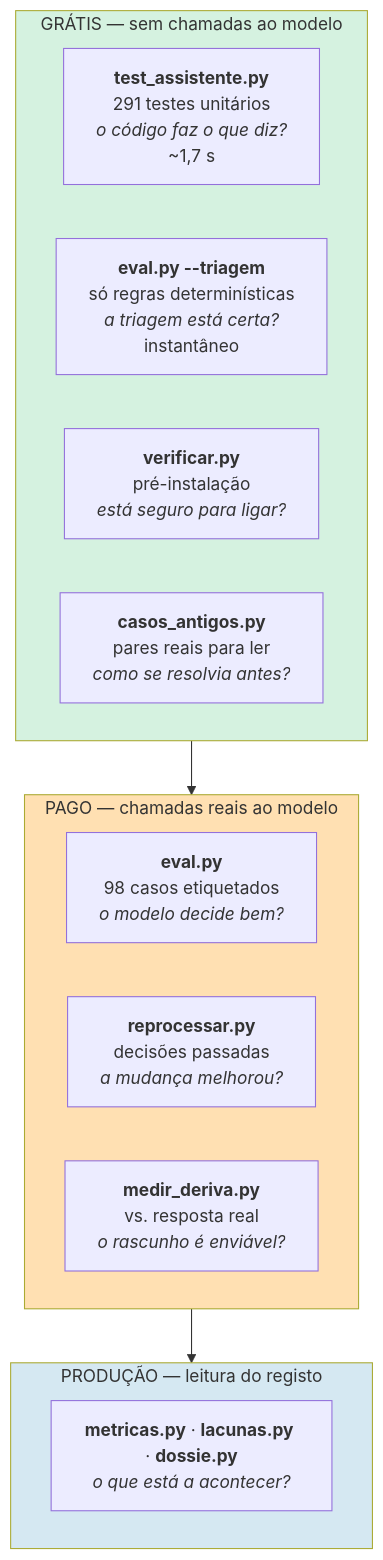
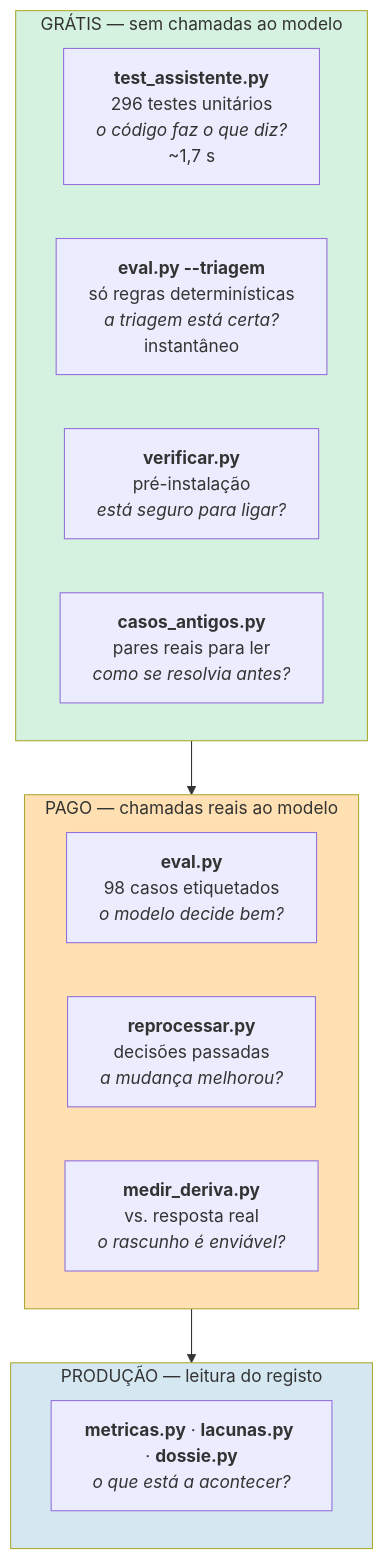
Before and after one commit to joaocarvalhini/Outlook-Reply-Assistant: the first of 3 diagrams in docs/05-reliability/qa.md, drawn with Mermaid. The commit also changed other lines of this file and 11 other files, not shown here.

````diff
--- a/docs/05-reliability/qa.md
+++ b/docs/05-reliability/qa.md
@@ -19,22 +19,22 @@
 ```mermaid
 flowchart TB
     subgraph G["GRÁTIS — sem chamadas ao modelo"]
-        T1["<b>test_assistente.py</b><br/>291 testes unitários<br/><i>o código faz o que diz?</i><br/>~1,7 s"]
+        T1["<b>test_assistente.py</b><br/>296 testes unitários<br/><i>o código faz o que diz?</i><br/>~1,7 s"]
         T2["<b>eval.py --triagem</b><br/>só regras determinísticas<br/><i>a triagem está certa?</i><br/>instantâneo"]
         T3["<b>verificar.py</b><br/>pré-instalação<br/><i>está seguro para ligar?</i>"]
         T4["<b>casos_antigos.py</b><br/>pares reais para ler<br/><i>como se resolvia antes?</i>"]
     end
     subgraph P["PAGO — chamadas reais ao modelo"]
         T5["<b>eval.py</b><br/>98 casos etiquetados<br/><i>o modelo decide bem?</i>"]
         T6["<b>reprocessar.py</b><br/>decisões passadas<br/><i>a mudança melhorou?</i>"]
         T7["<b>medir_deriva.py</b><br/>vs. resposta real<br/><i>o rascunho é enviável?</i>"]
     end
     subgraph PR["PRODUÇÃO — leitura do registo"]
         T8["<b>metricas.py</b> · <b>lacunas.py</b> · <b>dossie.py</b><br/><i>o que está a acontecer?</i>"]
     end
 
     G --> P --> PR
     style G fill:#d5f2e0
     style P fill:#ffe0b2
     style PR fill:#d5e8f2
 ```
````
